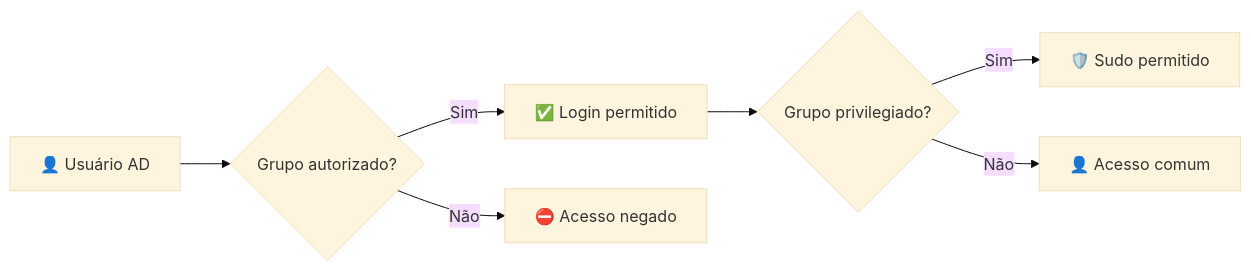
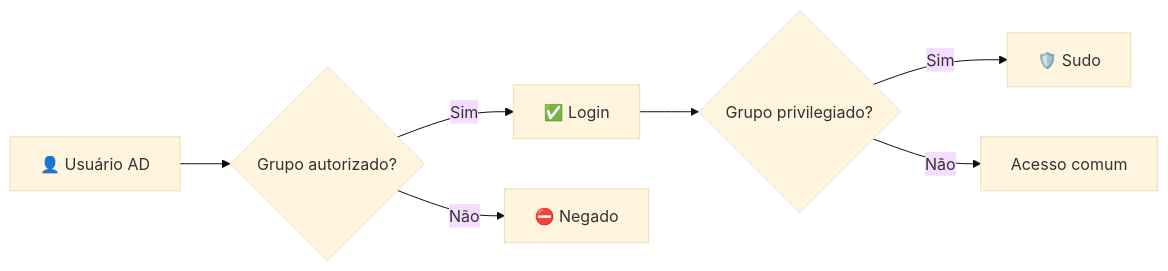
Before and after one commit to IsadoraVanderlan/active-directory-linux-integration-lab: the sixth of 13 diagrams in README.md, drawn with Mermaid (base theme). The commit also changed other lines of this file, not shown here.

````diff
--- a/README.md
+++ b/README.md
@@ -488,10 +406,9 @@
 ```mermaid
 flowchart LR
     U["👤 Usuário AD"] --> G{"Grupo autorizado?"}
-    G -->|Sim| LOGIN["✅ Login permitido"]
-    G -->|Não| DENY["⛔ Acesso negado"]
-
+    G -->|Sim| LOGIN["✅ Login"]
+    G -->|Não| DENY["⛔ Negado"]
     LOGIN --> P{"Grupo privilegiado?"}
-    P -->|Sim| SUDO["🛡️ Sudo permitido"]
-    P -->|Não| COMMON["👤 Acesso comum"]
+    P -->|Sim| SUDO["🛡️ Sudo"]
+    P -->|Não| COMMON["Acesso comum"]
 ```
````
